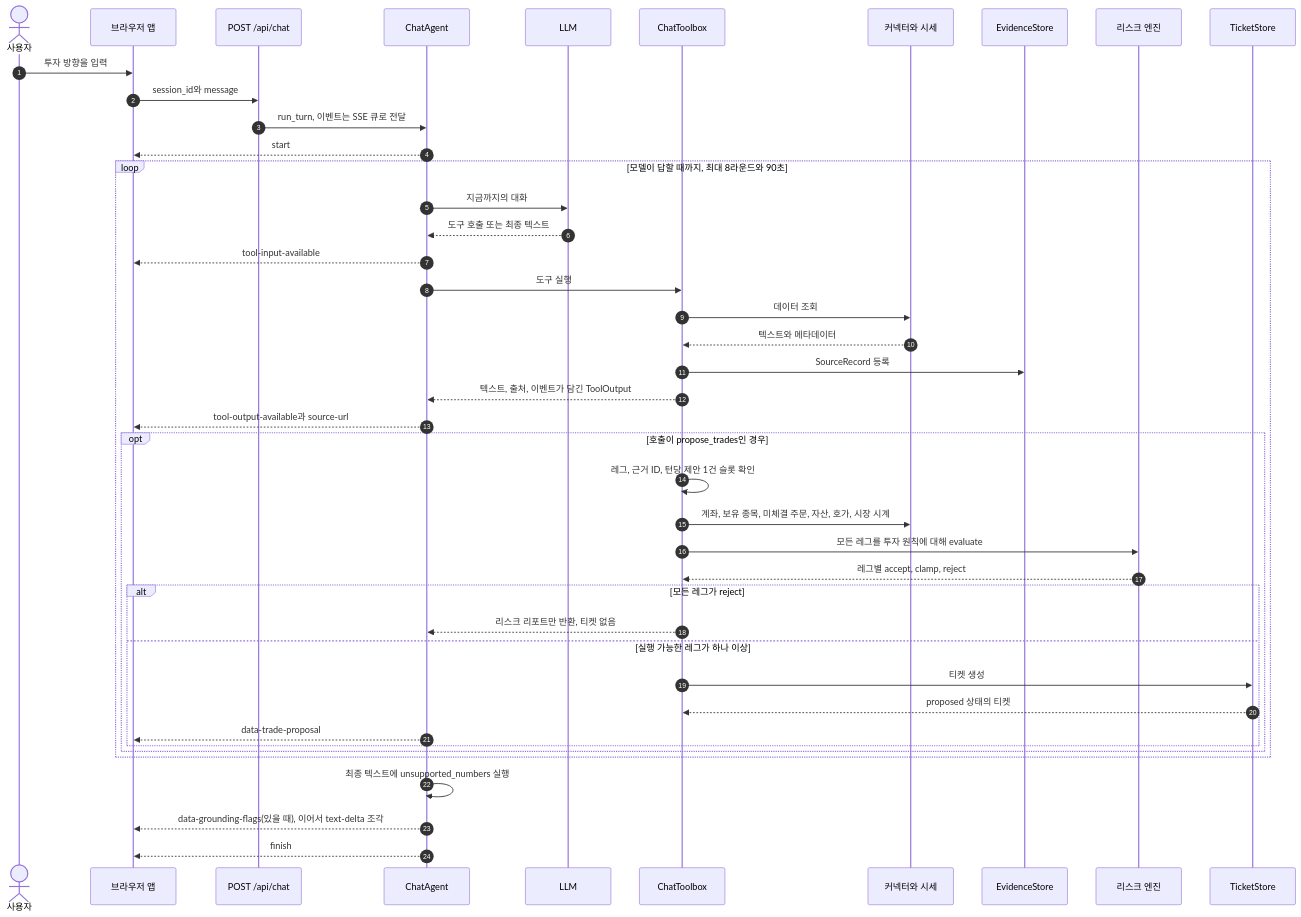
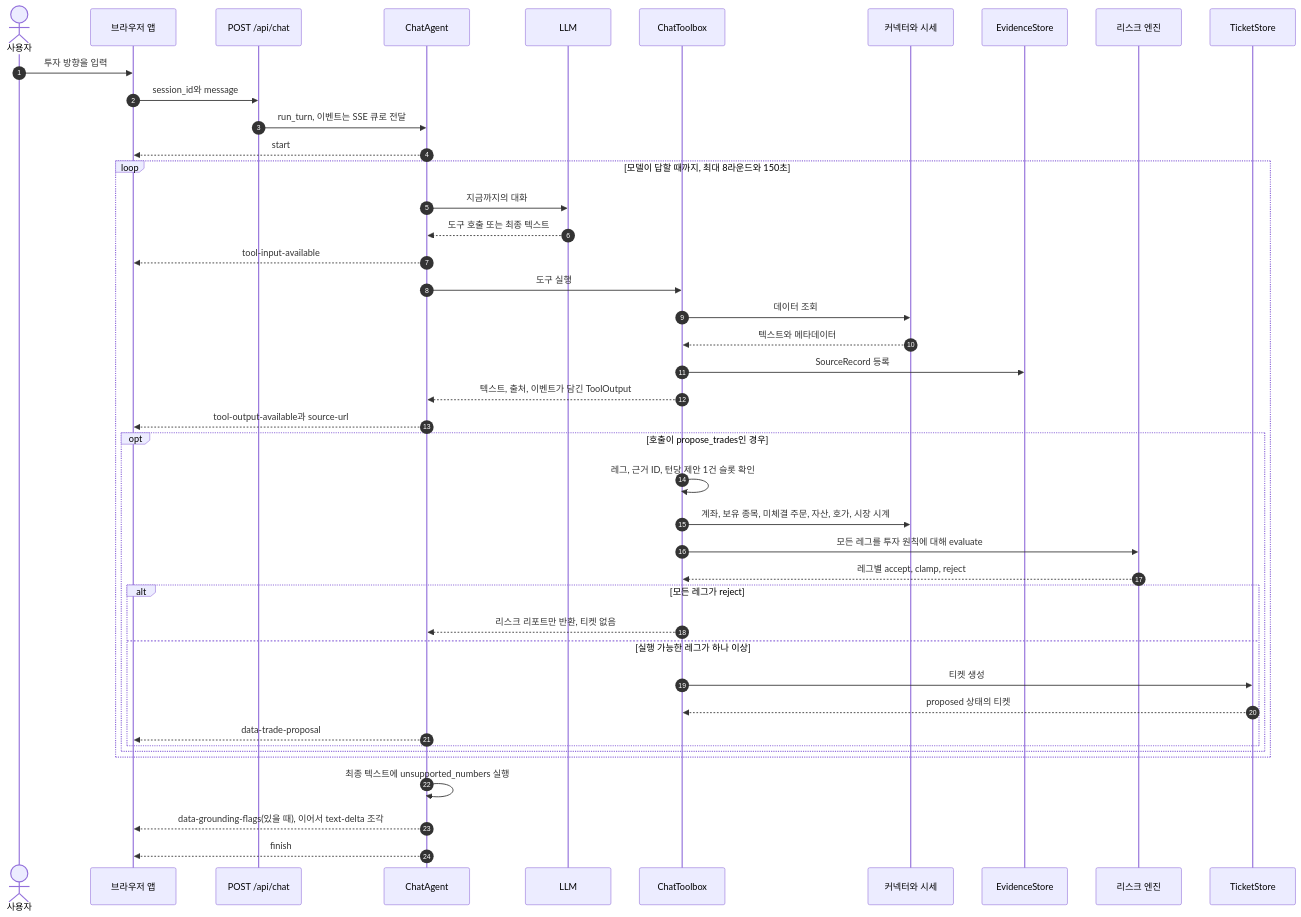
One commit to heon-1219/tradingDecisionAgent changed the sixth of 8 diagrams in docs/architecture.md. Above: the diagram before and after it, drawn with Mermaid. The commit also changed other lines of this file and 3 other files, not shown here.

````diff
--- a/docs/architecture.md
+++ b/docs/architecture.md
@@ -667,46 +667,46 @@
 ```mermaid
 sequenceDiagram
     autonumber
     actor U as 사용자
     participant UI as 브라우저 앱
     participant API as POST /api/chat
     participant A as ChatAgent
     participant L as LLM
     participant T as ChatToolbox
     participant C as 커넥터와 시세
     participant E as EvidenceStore
     participant R as 리스크 엔진
     participant K as TicketStore
 
     U->>UI: 투자 방향을 입력
     UI->>API: session_id와 message
     API->>A: run_turn, 이벤트는 SSE 큐로 전달
     A-->>UI: start
-    loop 모델이 답할 때까지, 최대 8라운드와 90초
+    loop 모델이 답할 때까지, 최대 8라운드와 150초
         A->>L: 지금까지의 대화
         L-->>A: 도구 호출 또는 최종 텍스트
         A-->>UI: tool-input-available
         A->>T: 도구 실행
         T->>C: 데이터 조회
         C-->>T: 텍스트와 메타데이터
         T->>E: SourceRecord 등록
         T-->>A: 텍스트, 출처, 이벤트가 담긴 ToolOutput
         A-->>UI: tool-output-available과 source-url
         opt 호출이 propose_trades인 경우
             T->>T: 레그, 근거 ID, 턴당 제안 1건 슬롯 확인
             T->>C: 계좌, 보유 종목, 미체결 주문, 자산, 호가, 시장 시계
             T->>R: 모든 레그를 투자 원칙에 대해 evaluate
             R-->>T: 레그별 accept, clamp, reject
             alt 모든 레그가 reject
                 T-->>A: 리스크 리포트만 반환, 티켓 없음
             else 실행 가능한 레그가 하나 이상
                 T->>K: 티켓 생성
                 K-->>T: proposed 상태의 티켓
                 A-->>UI: data-trade-proposal
             end
         end
     end
     A->>A: 최종 텍스트에 unsupported_numbers 실행
     A-->>UI: data-grounding-flags(있을 때), 이어서 text-delta 조각
     A-->>UI: finish
 ```
````
